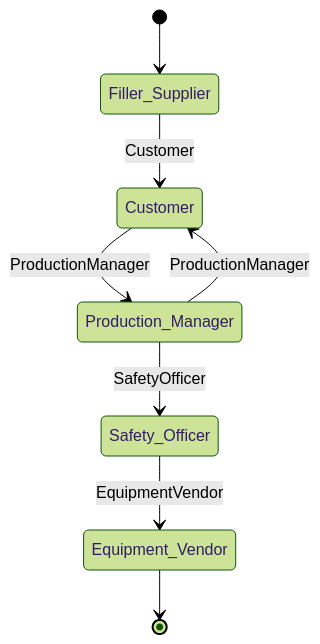
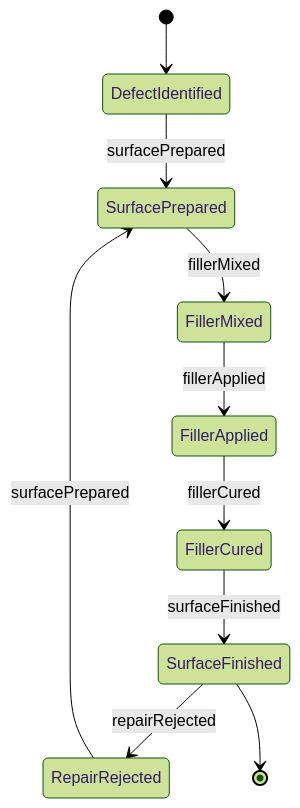
One commit to dot-org-ai/tasks.org.ai changed the second of 4 diagrams in HandlingAndMovingObjects/ApplyMaterialsToFillGapsOrImperfections/FillCracksImperfectionsHolesProducts.mdx. Above: the diagram before and after it, drawn with Mermaid (forest theme). The commit also changed other lines of this file and 40 other files, not shown here.

First line of the commit message:
fix: Replace Actor-based ER and State diagrams with Entity/Event-based diagrams in 41 HandlingAndMovingObjects DWA files

````diff
--- a/HandlingAndMovingObjects/ApplyMaterialsToFillGapsOrImperfections/FillCracksImperfectionsHolesProducts.mdx
+++ b/HandlingAndMovingObjects/ApplyMaterialsToFillGapsOrImperfections/FillCracksImperfectionsHolesProducts.mdx
@@ -98,10 +97,12 @@
 ```mermaid
 stateDiagram-v2
-    [*] --> Filler_Supplier
-    Filler_Supplier --> Customer: Customer
-    Customer --> Production_Manager: ProductionManager
-    Production_Manager --> Safety_Officer: SafetyOfficer
-    Safety_Officer --> Equipment_Vendor: EquipmentVendor
-    Production_Manager --> Customer: ProductionManager
-    Equipment_Vendor --> [*]
+    [*] --> DefectIdentified
+    DefectIdentified --> SurfacePrepared : surfacePrepared
+    SurfacePrepared --> FillerMixed : fillerMixed
+    FillerMixed --> FillerApplied : fillerApplied
+    FillerApplied --> FillerCured : fillerCured
+    FillerCured --> SurfaceFinished : surfaceFinished
+    SurfaceFinished --> RepairRejected : repairRejected
+    RepairRejected --> SurfacePrepared : surfacePrepared
+    SurfaceFinished --> [*]
 ```
````
